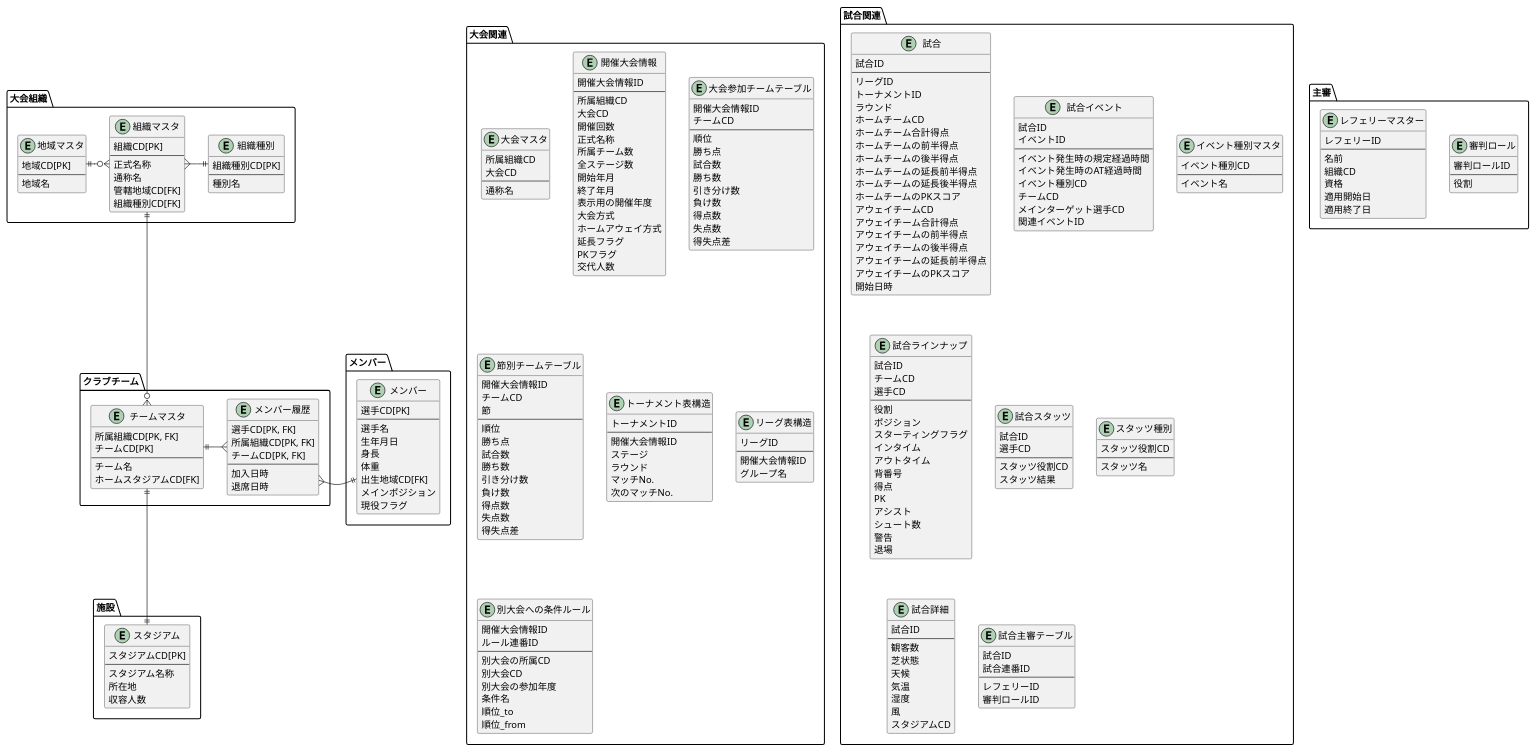
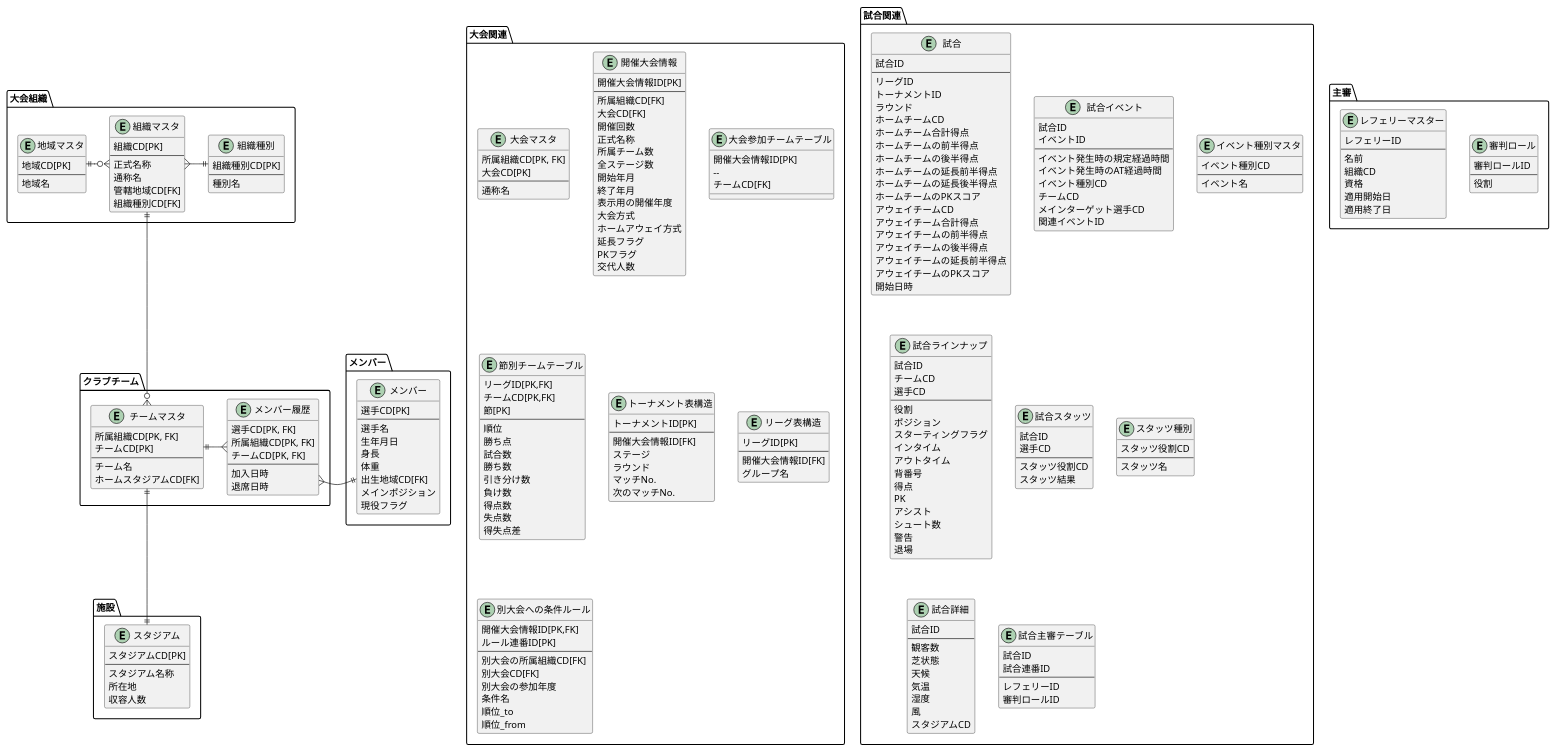
Before and after one commit to LCC-SYamada/SocckerDB_PlantUML: the diagram in soccker_db.puml, drawn with PlantUML.

Commit message:
大会関連の主キー、外部キーを修正

```diff
--- a/soccker_db.puml
+++ b/soccker_db.puml
@@ -68,17 +68,17 @@
 
 Package "大会関連" {
   Entity "大会マスタ" as Tournament {
-    所属組織CD
-    大会CD
+    所属組織CD[PK, FK]
+    大会CD[PK]
     --
     通称名
   }
 
   Entity "開催大会情報" as TournamentInfo {
-    開催大会情報ID
+    開催大会情報ID[PK]
     --
-    所属組織CD
-    大会CD
+    所属組織CD[FK]
+    大会CD[FK]
     開催回数
     正式名称
     所属チーム数
@@ -94,24 +94,15 @@
   }
 
   Entity "大会参加チームテーブル" as SeaSonTournament {
-    開催大会情報ID
-    チームCD
-    --
-    順位
-    勝ち点
-    試合数
-    勝ち数
-    引き分け数
-    負け数
-    得点数
-    失点数
-    得失点差  
+    開催大会情報ID[PK]
+    -- 
+    チームCD[FK]
   }
 
   Entity "節別チームテーブル" as MatchDayRank {
-    開催大会情報ID
-    チームCD
-    節
+    リーグID[PK,FK]
+    チームCD[PK,FK]
+    節[PK]
     --
     順位
     勝ち点
@@ -125,9 +116,9 @@
   }
 
   Entity "トーナメント表構造" as TournamentTable {
-    トーナメントID
+    トーナメントID[PK]
     --
-    開催大会情報ID
+    開催大会情報ID[FK]
     ステージ
     ラウンド
     マッチNo.
@@ -135,18 +126,18 @@
   }
 
   Entity "リーグ表構造" as LeagueTable {
-    リーグID
+    リーグID[PK]
     --
-    開催大会情報ID
+    開催大会情報ID[FK]
     グループ名
   }
 
   Entity "別大会への条件ルール" as TournamentDetail {
-    開催大会情報ID
-    ルール連番ID
+    開催大会情報ID[PK,FK]
+    ルール連番ID[PK]
     --
-    別大会の所属CD
-    別大会CD
+    別大会の所属組織CD[FK]
+    別大会CD[FK]
     別大会の参加年度
     条件名
     順位_to
```
